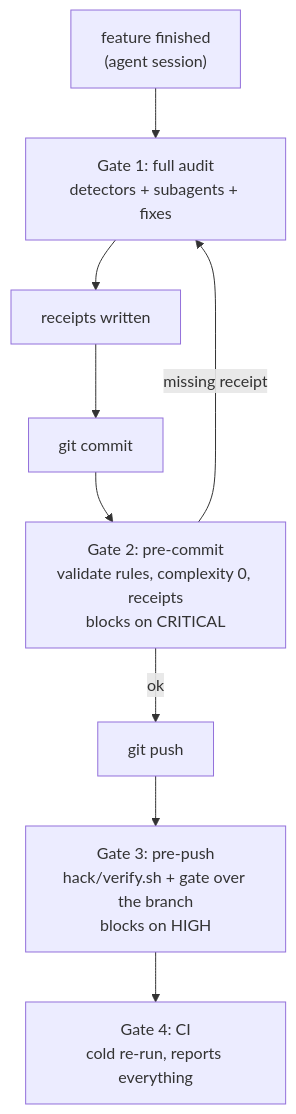
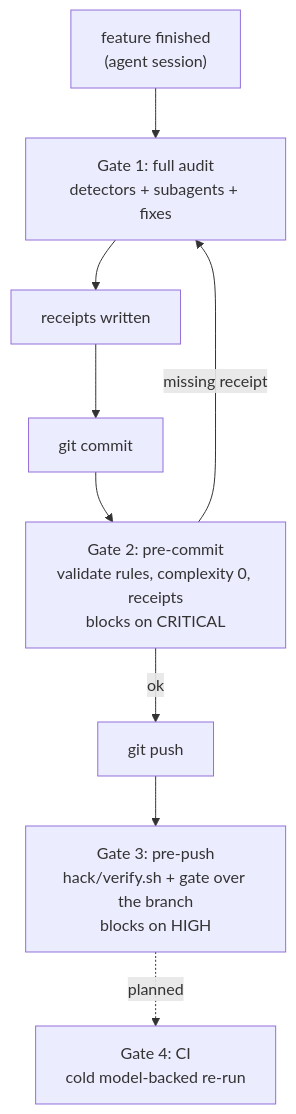
One commit to telekom/controlplane changed the second of 2 diagrams in .agents/ARCHITECTURE.md. Above: the diagram before and after it, drawn with Mermaid. The commit also changed other lines of this file and 25 other files, not shown here.

````diff
--- a/.agents/ARCHITECTURE.md
+++ b/.agents/ARCHITECTURE.md
@@ -110,11 +124,11 @@
 ```mermaid
 flowchart TD
     A["feature finished<br/>(agent session)"] --> B[Gate 1: full audit<br/>detectors + subagents + fixes]
     B --> C[receipts written]
     C --> D[git commit]
     D --> E["Gate 2: pre-commit<br/>validate rules, complexity 0, receipts<br/>blocks on CRITICAL"]
     E -->|missing receipt| B
     E -->|ok| F[git push]
     F --> G["Gate 3: pre-push<br/>hack/verify.sh + gate over the branch<br/>blocks on HIGH"]
-    G --> H["Gate 4: CI<br/>cold re-run, reports everything"]
+    G -. planned .-> H["Gate 4: CI<br/>cold model-backed re-run"]
 ```
````
